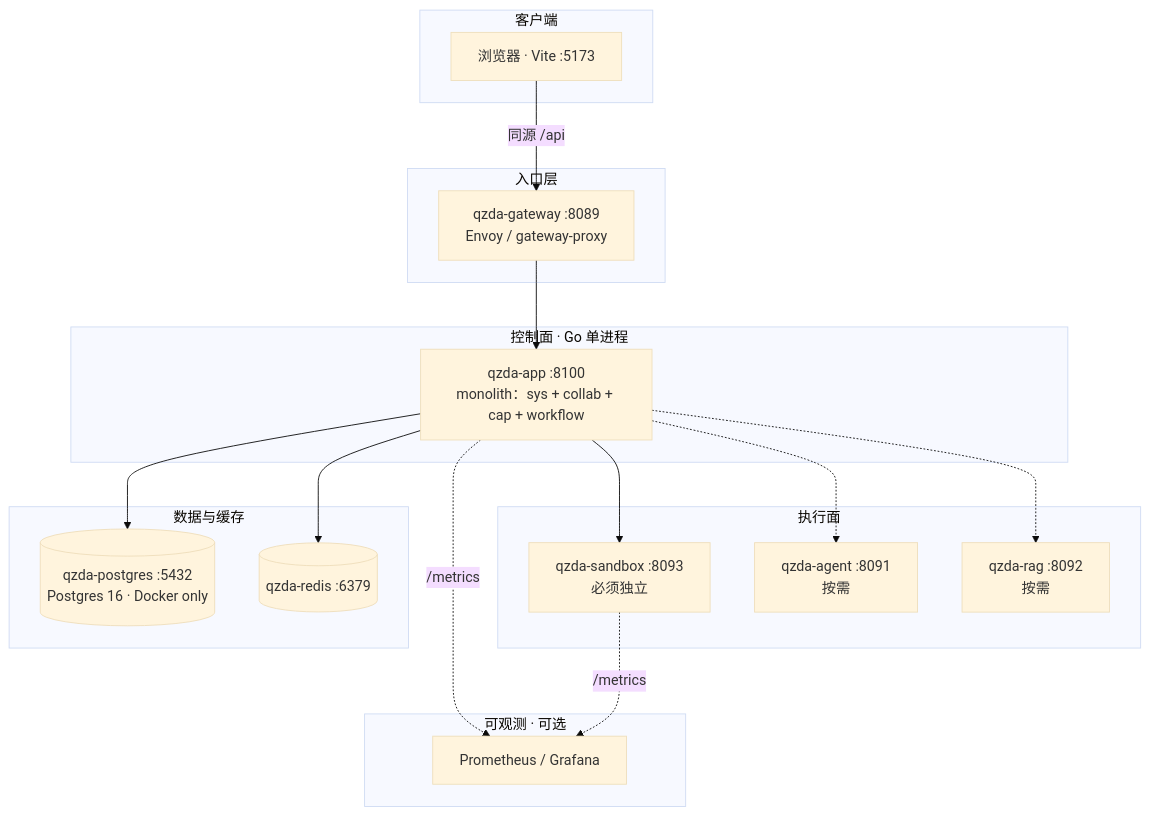
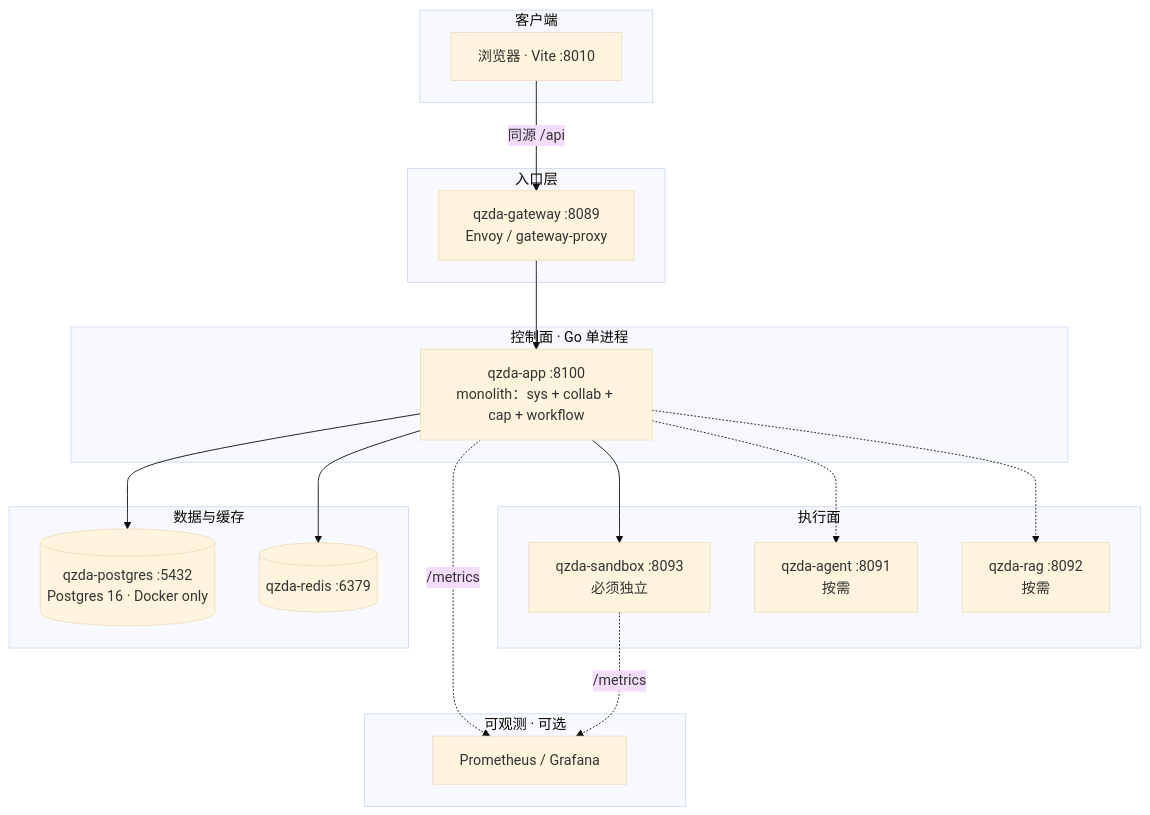
One commit to Lianjifu/QiZhiDaPartnerPlatform changed the second of 5 diagrams in README.md. Above: the diagram before and after it, drawn with Mermaid (base theme). The commit also changed other lines of this file and 13 other files, not shown here.

````diff
--- a/README.md
+++ b/README.md
@@ -353,39 +353,39 @@
 ```mermaid
 flowchart TB
   subgraph Client["客户端"]
-    Browser["浏览器 · Vite :5173"]
+    Browser["浏览器 · Vite :8010"]
   end
 
   subgraph Edge["入口层"]
     GW["qzda-gateway :8089<br/>Envoy / gateway-proxy"]
   end
 
   subgraph Control["控制面 · Go 单进程"]
     APP["qzda-app :8100<br/>monolith：sys + collab + cap + workflow"]
   end
 
   subgraph Exec["执行面"]
     SK["qzda-sandbox :8093<br/>必须独立"]
     AG["qzda-agent :8091<br/>按需"]
     RAG["qzda-rag :8092<br/>按需"]
   end
 
   subgraph Data["数据与缓存"]
     PG[("qzda-postgres :5432<br/>Postgres 16 · Docker only")]
     RD[("qzda-redis :6379")]
   end
 
   subgraph Obs["可观测 · 可选"]
     PROM[Prometheus / Grafana]
   end
 
   Browser -->|"同源 /api"| GW
   GW --> APP
 
   APP --> SK
   APP -.-> AG & RAG
 
   APP --> PG
   APP --> RD
   APP & SK -.->|"/metrics"| PROM
 ```
````
